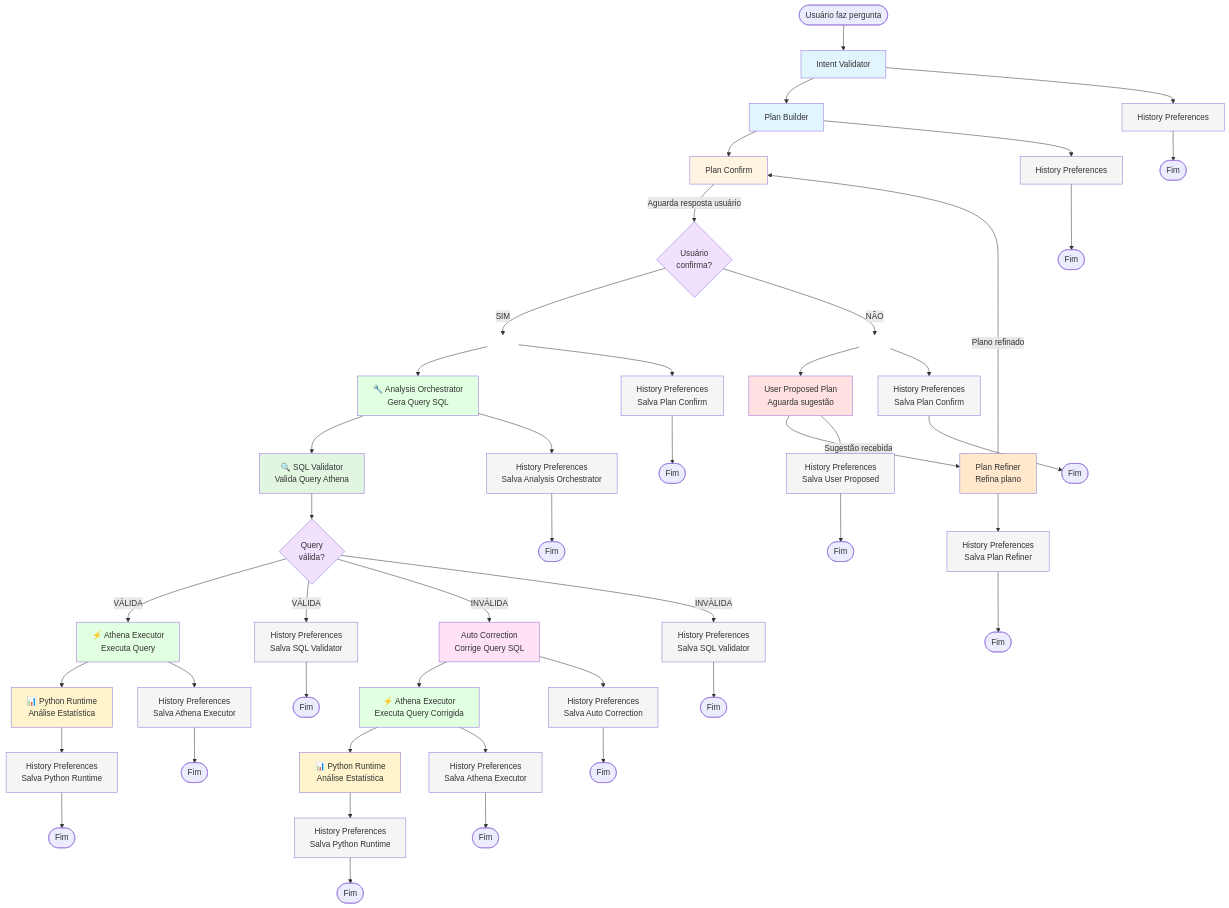
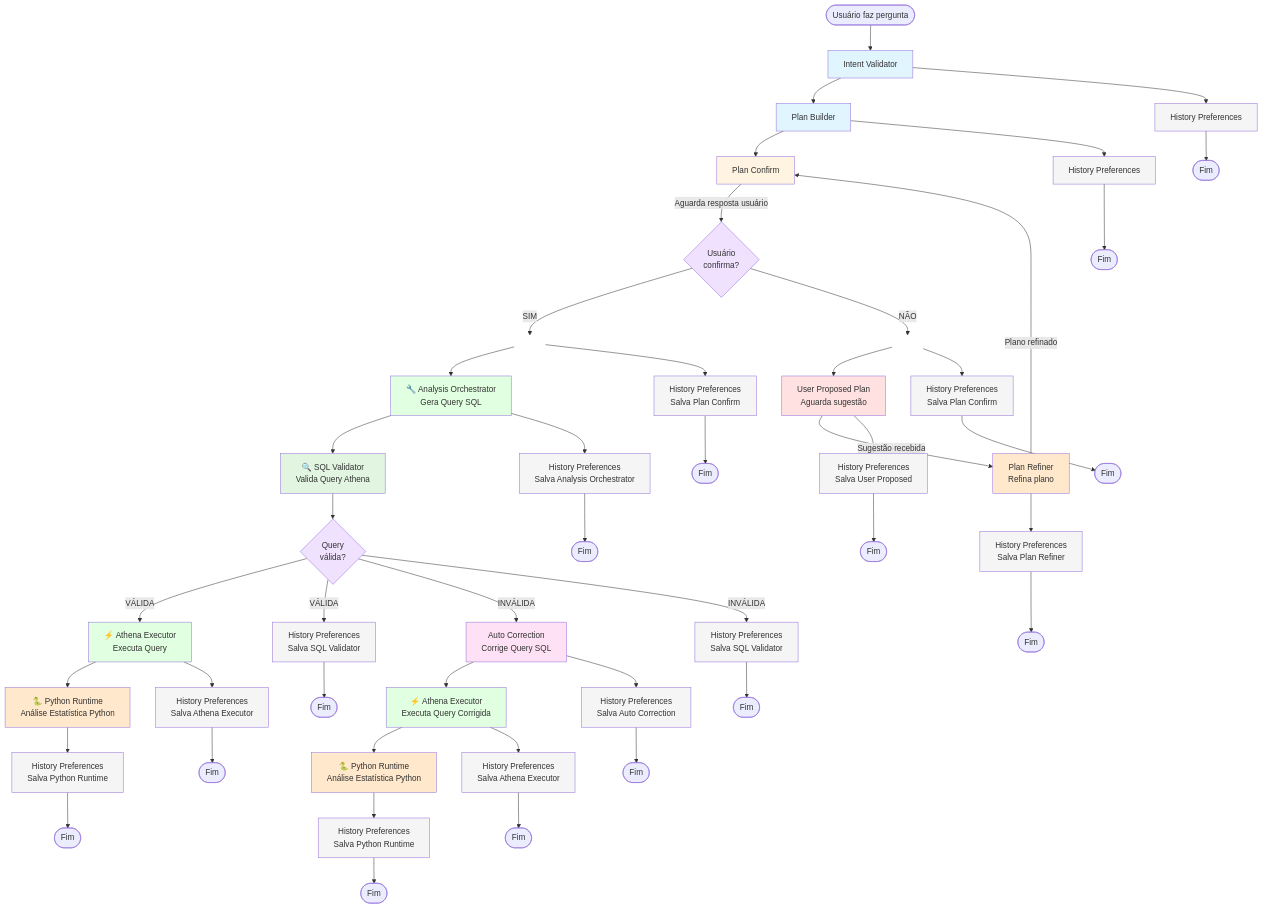
Before and after one commit to thigarciaj/ezpocket: the diagram in actual_state_solution/graph_orchestrator_flow.mmd, drawn with Mermaid. The commit also changed 6 other files, not shown here.

First line of the commit message:
feat: Adiciona Python Runtime Agent com análise estatística e integração completa

```diff
--- a/actual_state_solution/graph_orchestrator_flow.mmd
+++ b/actual_state_solution/graph_orchestrator_flow.mmd
@@ -1,101 +1,101 @@
 graph TD
     Start([Usuário faz pergunta]) --> IntentValidator[Intent Validator]
     
     IntentValidator --> PlanBuilder[Plan Builder]
     IntentValidator --> H1[History Preferences]
     
     PlanBuilder --> PlanConfirm[Plan Confirm]
     PlanBuilder --> H2[History Preferences]
     
     PlanConfirm -->|Aguarda resposta usuário| Decision{Usuário<br/>confirma?}
     
     %% Ramo SIM (apenas uma seta)
     Decision -->|SIM| Yes[  ]
     Yes --> AnalysisOrchestrator["🔧 Analysis Orchestrator<br/>Gera Query SQL"]
     Yes --> H3[History Preferences<br/>Salva Plan Confirm]
 
     %% Ramo NÃO (apenas uma seta)
     Decision -->|NÃO| No[  ]
     No --> UserProposed[User Proposed Plan<br/>Aguarda sugestão]
     No --> H4[History Preferences<br/>Salva Plan Confirm]
     
     %% Fluxo após Analysis Orchestrator: Paralelo para SQL Validator + History
     AnalysisOrchestrator -->SQLValidator["🔍 SQL Validator<br/>Valida Query Athena"]
     AnalysisOrchestrator -->H5[History Preferences<br/>Salva Analysis Orchestrator]
     
     %% SQL Validator decide o fluxo baseado na validação
     SQLValidator --> ValidationDecision{Query<br/>válida?}
     
     %% Se query VÁLIDA: vai para Athena Executor + History (paralelo)
     ValidationDecision -->|VÁLIDA| AthenaExecutor["⚡ Athena Executor<br/>Executa Query"]
     ValidationDecision -->|VÁLIDA| H8[History Preferences<br/>Salva SQL Validator]
     
     %% Se query INVÁLIDA: vai para AutoCorrection + History (paralelo)
     ValidationDecision -->|INVÁLIDA| AutoCorrection[Auto Correction<br/>Corrige Query SQL]
     ValidationDecision -->|INVÁLIDA| H8B[History Preferences<br/>Salva SQL Validator]
     
     %% AutoCorrection corrige e vai para Athena Executor + History (paralelo)
     AutoCorrection --> AthenaExecutor2["⚡ Athena Executor<br/>Executa Query Corrigida"]
     AutoCorrection --> H9[History Preferences<br/>Salva Auto Correction]
     
     %% Athena Executor vai para Python Runtime + History (paralelo)
-    AthenaExecutor --> PythonRuntime["📊 Python Runtime<br/>Análise Estatística"]
+    AthenaExecutor --> PythonRuntime["🐍 Python Runtime<br/>Análise Estatística Python"]
     AthenaExecutor --> H10[History Preferences<br/>Salva Athena Executor]
-    AthenaExecutor2 --> PythonRuntime2["📊 Python Runtime<br/>Análise Estatística"]
+    AthenaExecutor2 --> PythonRuntime2["🐍 Python Runtime<br/>Análise Estatística Python"]
     AthenaExecutor2 --> H10B[History Preferences<br/>Salva Athena Executor]
     
     %% Python Runtime salva no History
     PythonRuntime --> H11[History Preferences<br/>Salva Python Runtime]
     PythonRuntime2 --> H12[History Preferences<br/>Salva Python Runtime]
     
     UserProposed -->|Sugestão recebida| PlanRefiner[Plan Refiner<br/>Refina plano]
     UserProposed --> H6[History Preferences<br/>Salva User Proposed]
     
     PlanRefiner -->|Plano refinado| PlanConfirm
     PlanRefiner --> H7[History Preferences<br/>Salva Plan Refiner]
     
     H1 --> End1([Fim])
     H2 --> End2([Fim])
     H3 --> End3([Fim])
     H4 --> End4([Fim])
     H5 --> End5([Fim])
     H6 --> End6([Fim])
     H7 --> End7([Fim])
     H8 --> End8([Fim])
     H8B --> End8B([Fim])
     H9 --> End9([Fim])
     H10 --> End10([Fim])
     H10B --> End10B([Fim])
     H11 --> End11([Fim])
     H12 --> End12([Fim])
 
     style IntentValidator fill:#e1f5ff
     style PlanBuilder fill:#e1f5ff
     style PlanConfirm fill:#fff4e1
     style AnalysisOrchestrator fill:#e1ffe1
     style SQLValidator fill:#e1f5e1
     style AutoCorrection fill:#ffe1f5
     style UserProposed fill:#ffe1e1
     style PlanRefiner fill:#ffe8cc
     style Decision fill:#f0e1ff
     style ValidationDecision fill:#f0e1ff
     style Yes fill:#ffffff,stroke:#ffffff
     style No fill:#ffffff,stroke:#ffffff
     style H1 fill:#f5f5f5
     style H2 fill:#f5f5f5
     style H3 fill:#f5f5f5
     style H4 fill:#f5f5f5
     style H5 fill:#f5f5f5
     style H6 fill:#f5f5f5
     style H7 fill:#f5f5f5
     style H8 fill:#f5f5f5
     style H8B fill:#f5f5f5
     style H9 fill:#f5f5f5
     style H10 fill:#f5f5f5
     style H10B fill:#f5f5f5
     style H11 fill:#f5f5f5
     style H12 fill:#f5f5f5
     style AthenaExecutor fill:#e1ffe1
     style AthenaExecutor2 fill:#e1ffe1
-    style PythonRuntime fill:#fff4cc
-    style PythonRuntime2 fill:#fff4cc
+    style PythonRuntime fill:#ffe8cc
+    style PythonRuntime2 fill:#ffe8cc
```
